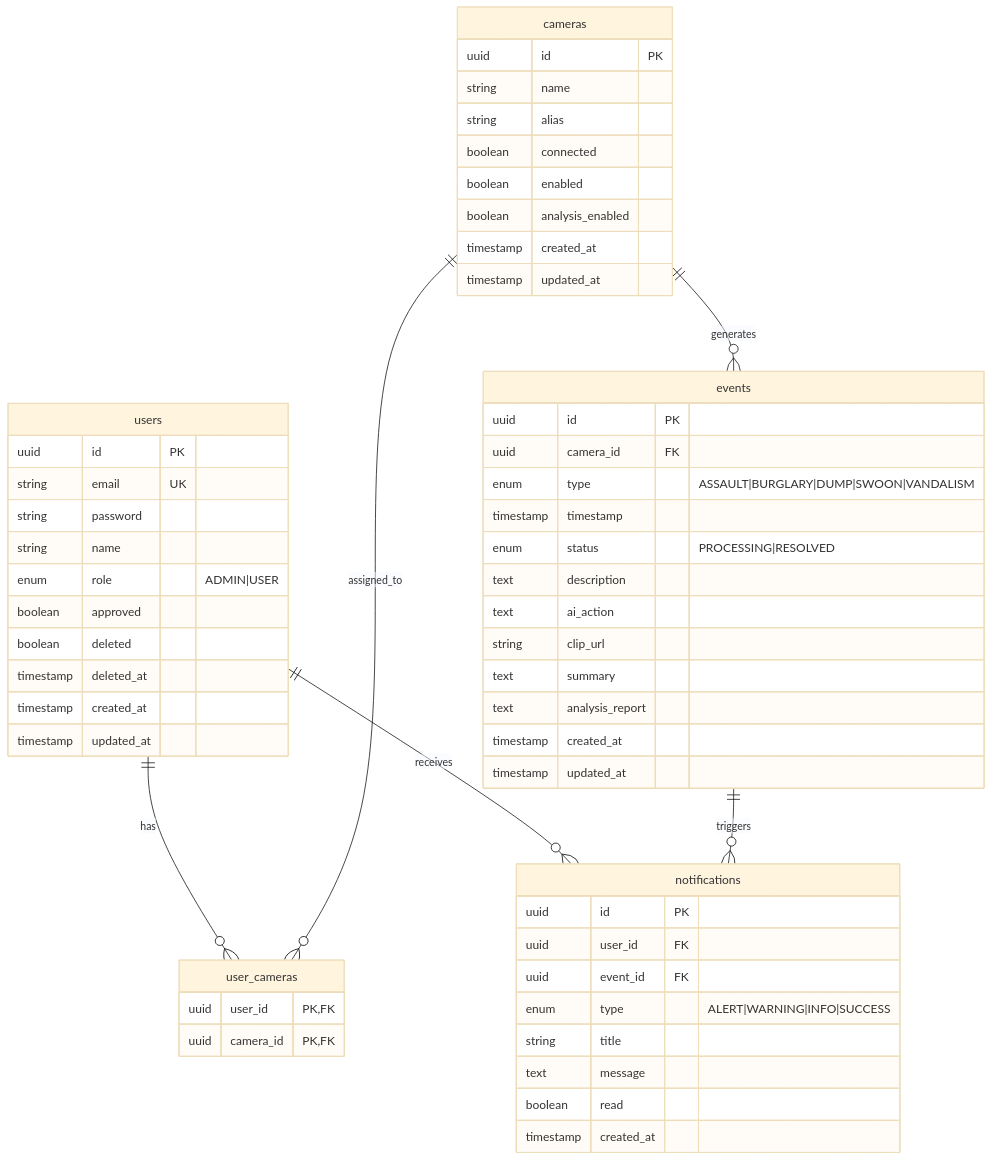
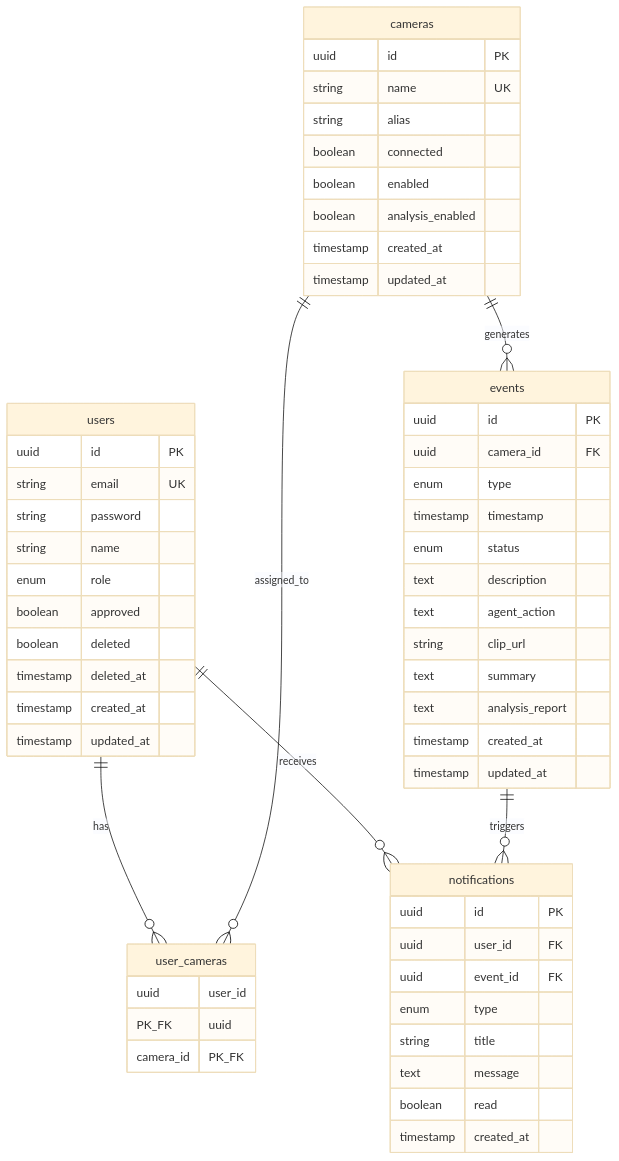
The second of 2 diagrams in WORKFLOWS.md (AIX-01/aegis-frontend), drawn with Mermaid (base theme) before and after one commit. The commit also changed other lines of this file, not shown here.

````diff
--- a/WORKFLOWS.md
+++ b/WORKFLOWS.md
@@ -1088,63 +122,63 @@
 ```mermaid
 erDiagram
     users ||--o{ user_cameras : has
     users ||--o{ notifications : receives
     cameras ||--o{ user_cameras : assigned_to
     cameras ||--o{ events : generates
     events ||--o{ notifications : triggers
 
     users {
         uuid id PK
         string email UK
         string password
         string name
-        enum role "ADMIN|USER"
+        enum role
         boolean approved
         boolean deleted
         timestamp deleted_at
         timestamp created_at
         timestamp updated_at
     }
 
     cameras {
         uuid id PK
-        string name
+        string name UK
         string alias
         boolean connected
         boolean enabled
         boolean analysis_enabled
         timestamp created_at
         timestamp updated_at
     }
 
     user_cameras {
-        uuid user_id PK,FK
-        uuid camera_id PK,FK
+        uuid user_id PK_FK
+        uuid camera_id PK_FK
     }
 
     events {
         uuid id PK
         uuid camera_id FK
-        enum type "ASSAULT|BURGLARY|DUMP|SWOON|VANDALISM"
+        enum type
         timestamp timestamp
-        enum status "PROCESSING|RESOLVED"
+        enum status
         text description
-        text ai_action
+        text agent_action
         string clip_url
         text summary
         text analysis_report
         timestamp created_at
         timestamp updated_at
     }
 
     notifications {
         uuid id PK
         uuid user_id FK
         uuid event_id FK
-        enum type "ALERT|WARNING|INFO|SUCCESS"
+        enum type
         string title
         text message
         boolean read
         timestamp created_at
     }
 ```
````
